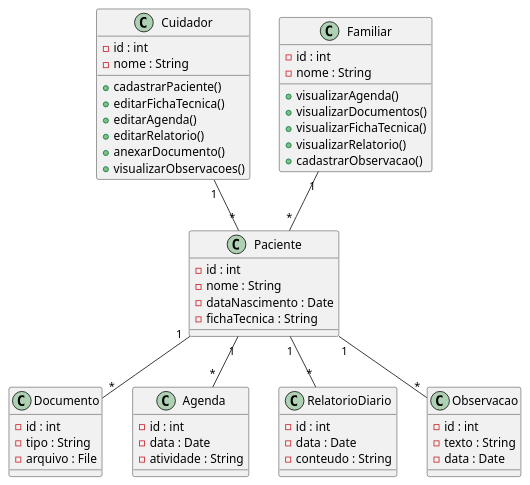
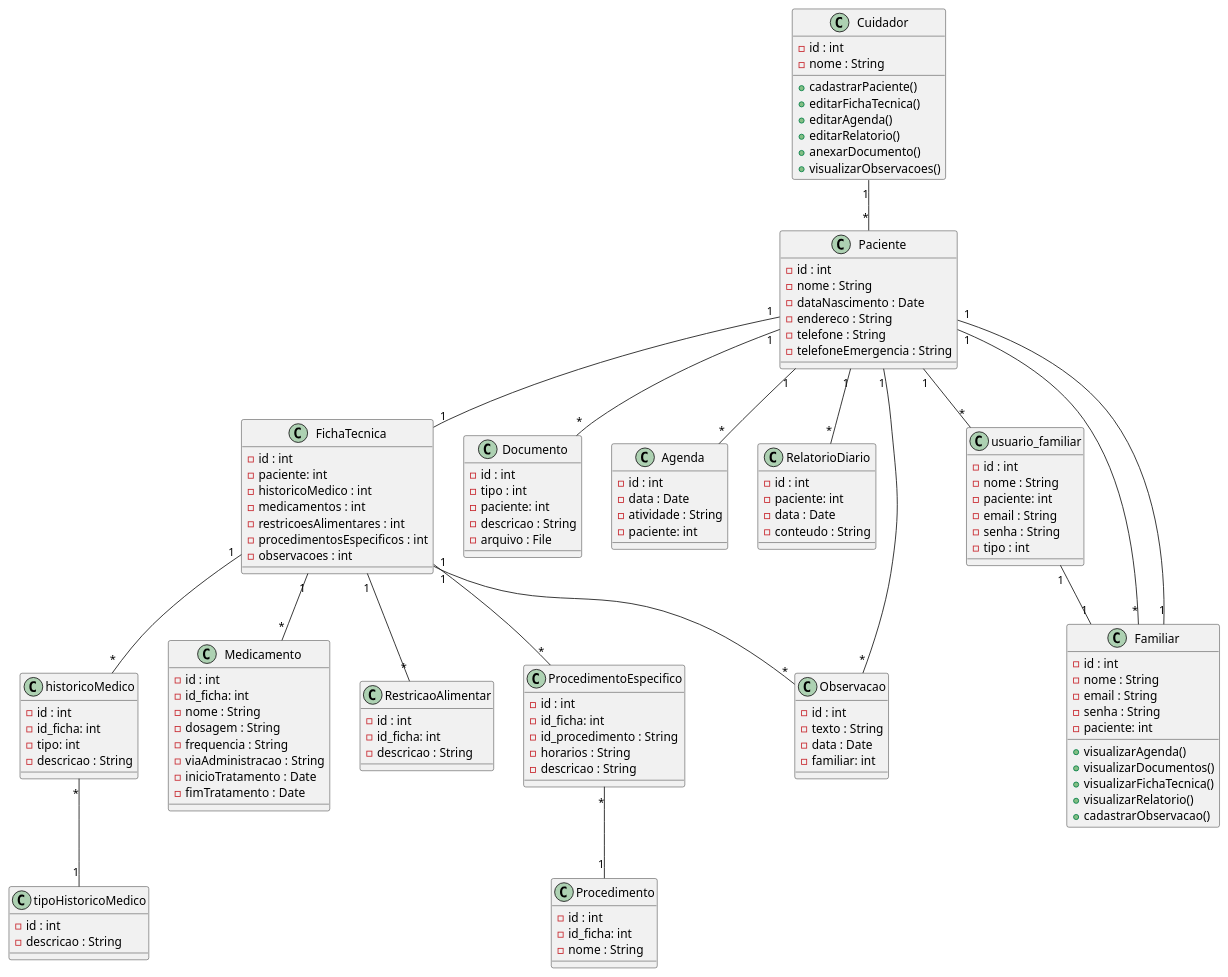
Before and after one commit to thomGM/lab-desenvolvimento-software-Thomaz: the diagram in diagramaDeClasses.puml, drawn with PlantUML.

Commit message:
conclusão do diagrama de classes

```diff
--- a/diagramaDeClasses.puml
+++ b/diagramaDeClasses.puml
@@ -1,61 +1,156 @@
 @startuml
 class Paciente {
   -id : int
   -nome : String
   -dataNascimento : Date
-  -fichaTecnica : String
+  -endereco : String
+  -telefone : String
+  -telefoneEmergencia : String
+}
+
+class FichaTecnica {
+  -id : int
+  -paciente: int
+  -historicoMedico : int
+  -medicamentos : int
+  -restricoesAlimentares : int
+  -procedimentosEspecificos : int
+  -observacoes : int
+}
+
+  ' Mobilidade: Verificar a capacidade de locomoção. 
+  ' Atividades de Vida Diária (AVDs): Avaliar a autonomia para atividades como banho, alimentação, vestir-se e uso do banheiro. 
+  ' Atividades Instrumentais de Vida Diária (AIVDs): Avaliar a capacidade de gerir o lar, como fazer compras, usar o telefone, gerenciar finanças. 
+  ' Presença de Cuidador: Se sim, especificar a jornada e as funções do cuidador. 
+
+class tipoHistoricoMedico {
+  -id : int
+  -descricao : String
+}
+
+  ' Doenças atuais e pregressas, Cirurgias, Alergias, Histórico familiar
+
+class historicoMedico {
+  -id : int
+  -id_ficha: int
+  -tipo: int
+  -descricao : String
+}
+
+class Medicamento {
+  -id : int
+  -id_ficha: int
+  -nome : String
+  -dosagem : String
+  -frequencia : String
+  -viaAdministracao : String
+  -inicioTratamento : Date
+  -fimTratamento : Date
+}
+
+class RestricaoAlimentar {
+  -id : int
+  -id_ficha: int
+  -descricao : String
+}
+
+class ProcedimentoEspecifico {
+  -id : int
+  -id_ficha: int
+  -id_procedimento : String
+  -horarios : String
+  -descricao : String
+}
+
+class Procedimento {
+  -id : int
+  -id_ficha: int
+  -nome : String
 }
 
 class Documento {
   -id : int
-  -tipo : String
+  -tipo : int
+  -paciente: int
+  -descricao : String
   -arquivo : File
 }
 
 class Agenda {
   -id : int
   -data : Date
   -atividade : String
+  -paciente: int
 }
 
 class RelatorioDiario {
   -id : int
+  -paciente: int
   -data : Date
   -conteudo : String
 }
 
 class Observacao {
   -id : int
   -texto : String
   -data : Date
+  -familiar: int
+}
+
+class usuario_familiar {
+  -id : int
+  -nome : String
+  -paciente: int
+  -email : String
+  -senha : String
+  -tipo : int
 }
 
 class Cuidador {
   -id : int
   -nome : String
   +cadastrarPaciente()
   +editarFichaTecnica()
   +editarAgenda()
   +editarRelatorio()
   +anexarDocumento()
   +visualizarObservacoes()
 }
 
 class Familiar {
   -id : int
   -nome : String
+  -email : String
+  -senha : String
+  -paciente: int
   +visualizarAgenda()
   +visualizarDocumentos()
   +visualizarFichaTecnica()
   +visualizarRelatorio()
   +cadastrarObservacao()
 }
 
+' -----------------------------
 ' RELACIONAMENTOS
+' -----------------------------
+Paciente "1" -- "1" FichaTecnica
 Paciente "1" -- "*" Documento
 Paciente "1" -- "*" Agenda
 Paciente "1" -- "*" RelatorioDiario
 Paciente "1" -- "*" Observacao
+Paciente "1" -- "*" usuario_familiar
+Paciente "1" -- "*" Familiar
+
+FichaTecnica "1" -- "*" historicoMedico
+historicoMedico "*" -- "1" tipoHistoricoMedico
+FichaTecnica "1" -- "*" Medicamento
+FichaTecnica "1" -- "*" RestricaoAlimentar
+FichaTecnica "1" -- "*" ProcedimentoEspecifico
+ProcedimentoEspecifico "*" -- "1" Procedimento
+FichaTecnica "1" -- "*" Observacao
+
+usuario_familiar "1" -- "1" Familiar
+
 Cuidador "1" -- "*" Paciente
-Familiar "1" -- "*" Paciente
+Familiar "1" -- "1" Paciente
 @enduml
```
